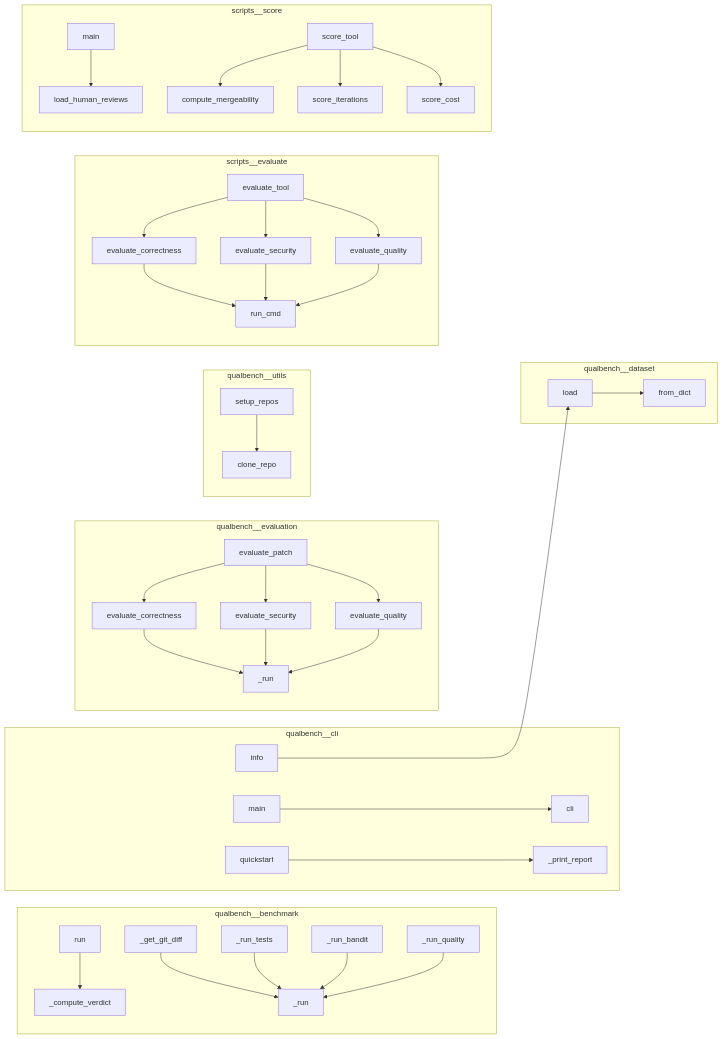
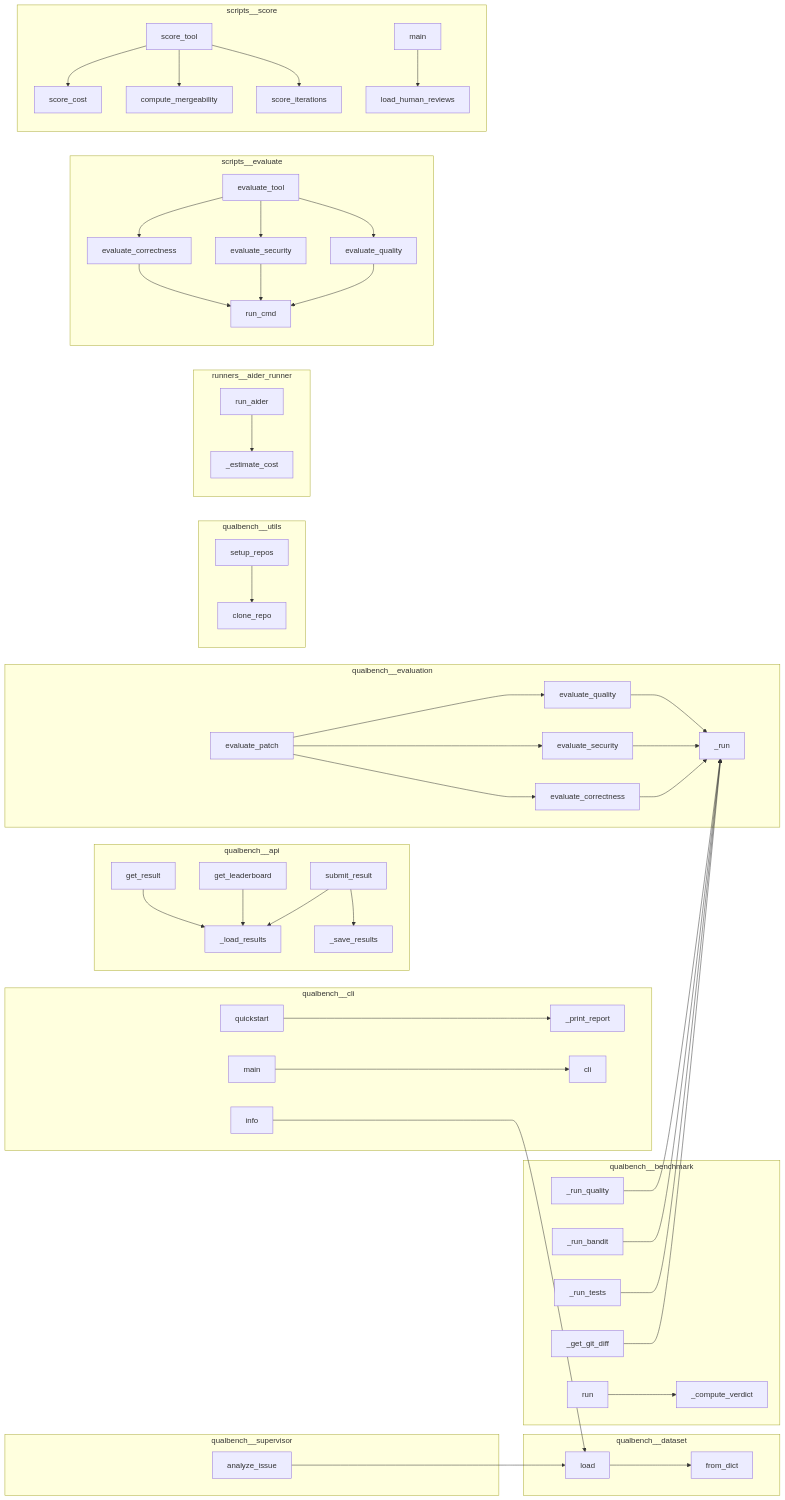
The diagram in project/calls.mmd (semcod/qualbench), drawn with Mermaid before and after one commit. The commit also changed 28 other files, not shown here.

```diff
--- a/project/calls.mmd
+++ b/project/calls.mmd
@@ -1,73 +1,92 @@
 flowchart LR
+    subgraph qualbench__api
+        qualbench__api___load_results["_load_results"]
+        qualbench__api__submit_result["submit_result"]
+        qualbench__api___save_results["_save_results"]
+        qualbench__api__get_result["get_result"]
+        qualbench__api__get_leaderboard["get_leaderboard"]
+    end
     subgraph qualbench__benchmark
-        qualbench__benchmark__QualBenchRunner___run_tests["_run_tests"]
         qualbench__benchmark__QualBenchRunner___get_git_diff["_get_git_diff"]
-        qualbench__benchmark___run["_run"]
-        qualbench__benchmark__QualBenchRunner___run_quality["_run_quality"]
+        qualbench__benchmark___compute_verdict["_compute_verdict"]
         qualbench__benchmark__QualBenchRunner__run["run"]
         qualbench__benchmark__QualBenchRunner___run_bandit["_run_bandit"]
-        qualbench__benchmark___compute_verdict["_compute_verdict"]
+        qualbench__benchmark__QualBenchRunner___run_tests["_run_tests"]
+        qualbench__benchmark__QualBenchRunner___run_quality["_run_quality"]
     end
     subgraph qualbench__cli
+        qualbench__cli__quickstart["quickstart"]
+        qualbench__cli___print_report["_print_report"]
+        qualbench__cli__cli["cli"]
         qualbench__cli__main["main"]
         qualbench__cli__info["info"]
-        qualbench__cli__cli["cli"]
-        qualbench__cli___print_report["_print_report"]
-        qualbench__cli__quickstart["quickstart"]
     end
     subgraph qualbench__dataset
         qualbench__dataset__Dataset__load["load"]
         qualbench__dataset__Issue__from_dict["from_dict"]
     end
     subgraph qualbench__evaluation
+        qualbench__evaluation__evaluate_security["evaluate_security"]
+        qualbench__evaluation__evaluate_correctness["evaluate_correctness"]
+        qualbench__evaluation___run["_run"]
         qualbench__evaluation__evaluate_patch["evaluate_patch"]
-        qualbench__evaluation__evaluate_security["evaluate_security"]
         qualbench__evaluation__evaluate_quality["evaluate_quality"]
-        qualbench__evaluation___run["_run"]
-        qualbench__evaluation__evaluate_correctness["evaluate_correctness"]
+    end
+    subgraph qualbench__supervisor
+        qualbench__supervisor__SupervisorAI__analyze_issue["analyze_issue"]
     end
     subgraph qualbench__utils
+        qualbench__utils__repos__clone_repo["clone_repo"]
         qualbench__utils__repos__setup_repos["setup_repos"]
-        qualbench__utils__repos__clone_repo["clone_repo"]
+    end
+    subgraph runners__aider_runner
+        runners__aider_runner__run_aider["run_aider"]
+        runners__aider_runner___estimate_cost["_estimate_cost"]
     end
     subgraph scripts__evaluate
+        scripts__evaluate__evaluate_tool["evaluate_tool"]
+        scripts__evaluate__evaluate_security["evaluate_security"]
+        scripts__evaluate__run_cmd["run_cmd"]
         scripts__evaluate__evaluate_quality["evaluate_quality"]
-        scripts__evaluate__run_cmd["run_cmd"]
-        scripts__evaluate__evaluate_security["evaluate_security"]
-        scripts__evaluate__evaluate_tool["evaluate_tool"]
         scripts__evaluate__evaluate_correctness["evaluate_correctness"]
     end
     subgraph scripts__score
+        scripts__score__score_cost["score_cost"]
+        scripts__score__score_iterations["score_iterations"]
+        scripts__score__main["main"]
         scripts__score__load_human_reviews["load_human_reviews"]
+        scripts__score__compute_mergeability["compute_mergeability"]
         scripts__score__score_tool["score_tool"]
-        scripts__score__score_cost["score_cost"]
-        scripts__score__main["main"]
-        scripts__score__score_iterations["score_iterations"]
-        scripts__score__compute_mergeability["compute_mergeability"]
     end
     qualbench__cli__quickstart --> qualbench__cli___print_report
     qualbench__cli__info --> qualbench__dataset__Dataset__load
     qualbench__cli__main --> qualbench__cli__cli
+    qualbench__supervisor__SupervisorAI__analyze_issue --> qualbench__dataset__Dataset__load
     qualbench__utils__repos__setup_repos --> qualbench__utils__repos__clone_repo
-    qualbench__benchmark__QualBenchRunner__run --> qualbench__benchmark___compute_verdict
-    qualbench__benchmark__QualBenchRunner___get_git_diff --> qualbench__benchmark___run
-    qualbench__benchmark__QualBenchRunner___run_tests --> qualbench__benchmark___run
-    qualbench__benchmark__QualBenchRunner___run_bandit --> qualbench__benchmark___run
-    qualbench__benchmark__QualBenchRunner___run_quality --> qualbench__benchmark___run
+    qualbench__dataset__Dataset__load --> qualbench__dataset__Issue__from_dict
+    qualbench__evaluation__evaluate_correctness --> qualbench__evaluation___run
+    qualbench__evaluation__evaluate_security --> qualbench__evaluation___run
+    qualbench__evaluation__evaluate_quality --> qualbench__evaluation___run
+    qualbench__evaluation__evaluate_patch --> qualbench__evaluation__evaluate_correctness
+    qualbench__evaluation__evaluate_patch --> qualbench__evaluation__evaluate_security
+    qualbench__evaluation__evaluate_patch --> qualbench__evaluation__evaluate_quality
     scripts__evaluate__evaluate_correctness --> scripts__evaluate__run_cmd
     scripts__evaluate__evaluate_security --> scripts__evaluate__run_cmd
     scripts__evaluate__evaluate_quality --> scripts__evaluate__run_cmd
     scripts__evaluate__evaluate_tool --> scripts__evaluate__evaluate_correctness
     scripts__evaluate__evaluate_tool --> scripts__evaluate__evaluate_security
     scripts__evaluate__evaluate_tool --> scripts__evaluate__evaluate_quality
     scripts__score__score_tool --> scripts__score__compute_mergeability
     scripts__score__score_tool --> scripts__score__score_iterations
     scripts__score__score_tool --> scripts__score__score_cost
     scripts__score__main --> scripts__score__load_human_reviews
-    qualbench__evaluation__evaluate_correctness --> qualbench__evaluation___run
-    qualbench__evaluation__evaluate_security --> qualbench__evaluation___run
-    qualbench__evaluation__evaluate_quality --> qualbench__evaluation___run
-    qualbench__evaluation__evaluate_patch --> qualbench__evaluation__evaluate_correctness
-    qualbench__evaluation__evaluate_patch --> qualbench__evaluation__evaluate_security
-    qualbench__evaluation__evaluate_patch --> qualbench__evaluation__evaluate_quality
-    qualbench__dataset__Dataset__load --> qualbench__dataset__Issue__from_dict
+    runners__aider_runner__run_aider --> runners__aider_runner___estimate_cost
+    qualbench__benchmark__QualBenchRunner__run --> qualbench__benchmark___compute_verdict
+    qualbench__benchmark__QualBenchRunner___get_git_diff --> qualbench__evaluation___run
+    qualbench__benchmark__QualBenchRunner___run_tests --> qualbench__evaluation___run
+    qualbench__benchmark__QualBenchRunner___run_bandit --> qualbench__evaluation___run
+    qualbench__benchmark__QualBenchRunner___run_quality --> qualbench__evaluation___run
+    qualbench__api__submit_result --> qualbench__api___load_results
+    qualbench__api__submit_result --> qualbench__api___save_results
+    qualbench__api__get_leaderboard --> qualbench__api___load_results
+    qualbench__api__get_result --> qualbench__api___load_results
```
